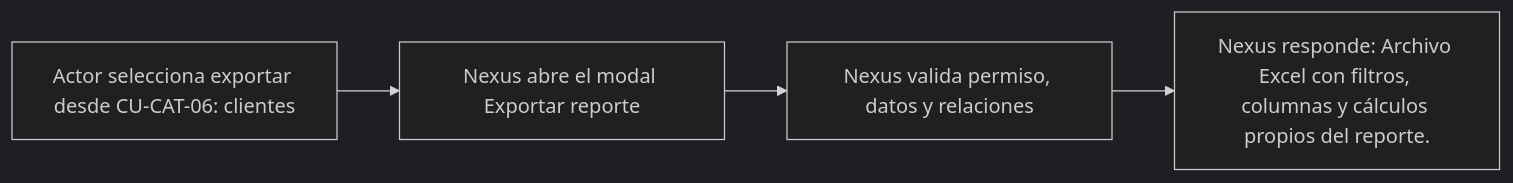
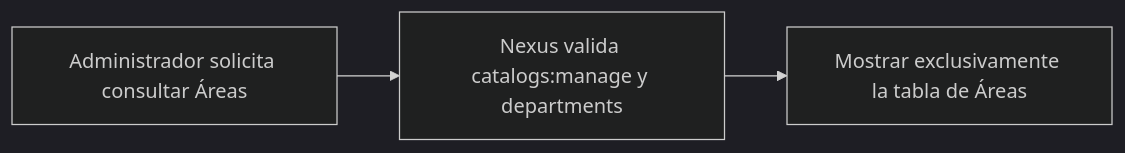
Before and after one commit to gpgsistemas01/nexus: the diagram in docs/requirements/diagrams/catalogs/cu-cat-09.md, drawn with Mermaid (dark theme). The commit also changed other lines of this file and 167 other files, not shown here.

````diff
--- a/docs/requirements/diagrams/catalogs/cu-cat-09.md
+++ b/docs/requirements/diagrams/catalogs/cu-cat-09.md
@@ -3,6 +3,5 @@
 ```mermaid
 flowchart LR
-    request["Actor selecciona exportar desde CU-CAT-06: clientes"] --> modal["Nexus abre el modal Exportar reporte"]
-    modal --> validate["Nexus valida permiso, datos y relaciones"]
-    validate --> result["Nexus responde: Archivo Excel con filtros, columnas y cálculos propios del reporte."]
+    request["Administrador solicita consultar Áreas"] --> authorize["Nexus valida catalogs:manage y departments"]
+    authorize --> result["Mostrar exclusivamente la tabla de Áreas"]
 ```
````
